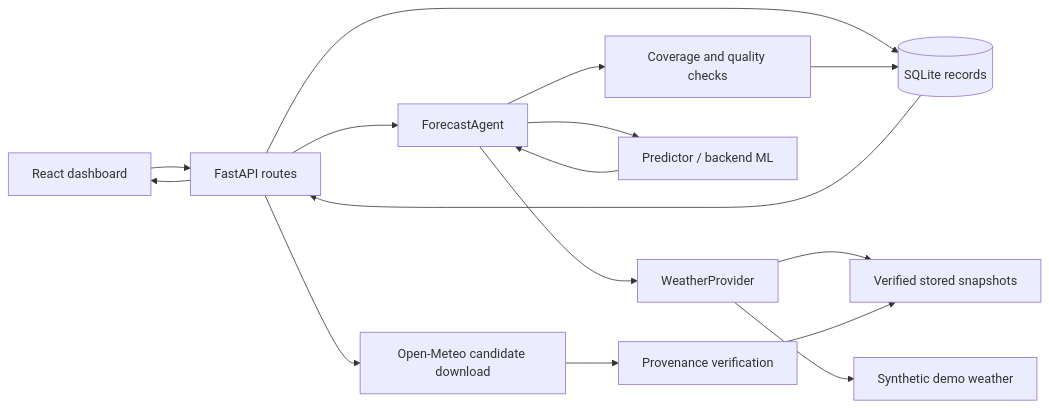
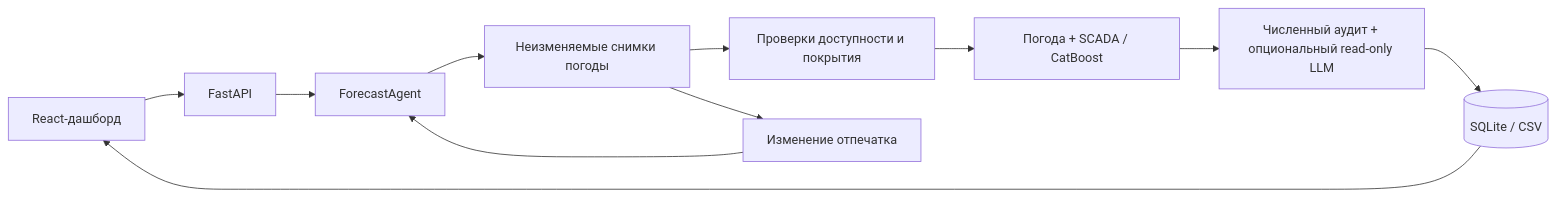
Before and after one commit to BAITC-Hacks/hack-9c72e88a-low-prior-it: the diagram in README.md, drawn with Mermaid. The commit also changed other lines of this file, not shown here.

````diff
--- a/README.md
+++ b/README.md
@@ -142,18 +74,13 @@
 ```mermaid
 flowchart LR
-  UI[React dashboard] --> API[FastAPI routes]
-  API --> DB[(SQLite records)]
+  UI[React-дашборд] --> API[FastAPI]
   API --> Agent[ForecastAgent]
-  Agent --> Weather[WeatherProvider]
-  Weather --> Archive[Verified stored snapshots]
-  Weather --> Demo[Synthetic demo weather]
-  API --> Download[Open-Meteo candidate download]
-  Download --> Review[Provenance verification]
-  Review --> Archive
-  Agent --> Model[Predictor / backend ML]
-  Model --> Agent
-  Agent --> Checks[Coverage and quality checks]
-  Checks --> DB
-  DB --> API
-  API --> UI
+  Agent --> Weather[Неизменяемые снимки погоды]
+  Weather --> Guards[Проверки доступности и покрытия]
+  Guards --> ML[Погода + SCADA / CatBoost]
+  ML --> Audit[Численный аудит + опциональный read-only LLM]
+  Audit --> DB[(SQLite / CSV)]
+  DB --> UI
+  Weather --> Refresh[Изменение отпечатка]
+  Refresh --> Agent
 ```
````
